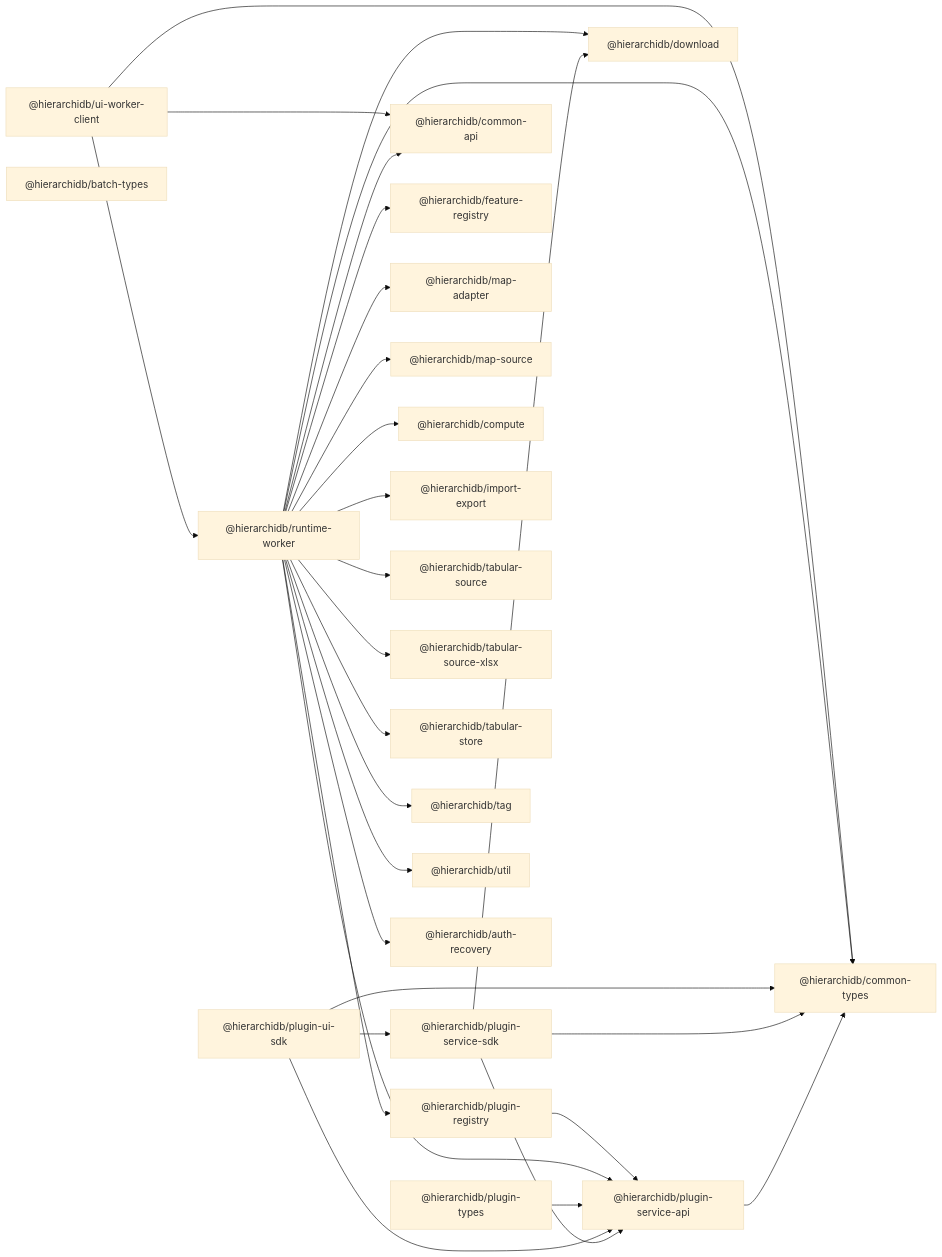
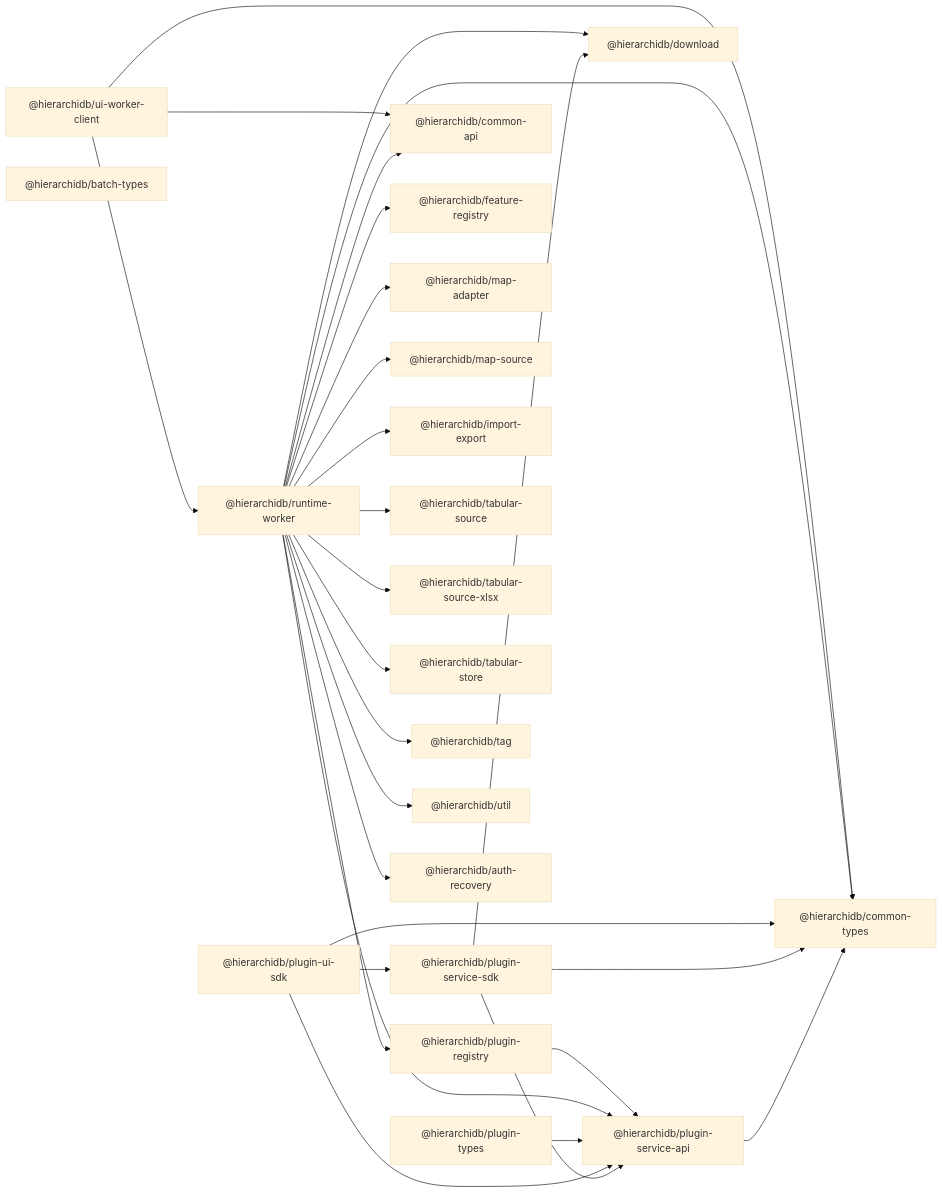
Before and after one commit to kubohiroya/hierarchidb: the diagram in docs/plugin-core-deps.md, drawn with Mermaid (base theme). The commit also changed 107 other files, not shown here.

````diff
--- a/docs/plugin-core-deps.md
+++ b/docs/plugin-core-deps.md
@@ -1,67 +1,65 @@
 ```mermaid
 graph LR
   %% Core SDK layer
   PSA["@hierarchidb/plugin-service-api"]
   PSS["@hierarchidb/plugin-service-sdk"]
   PUI["@hierarchidb/plugin-ui-sdk"]
   PTS["@hierarchidb/plugin-types"]
   PR["@hierarchidb/plugin-registry"]
 
   %% Runtime consumers
   RW["@hierarchidb/runtime-worker"]
   RC["@hierarchidb/ui-worker-client"]
 
   %% Shared libraries (light nodes)
   CT["@hierarchidb/common-types"]
   CA["@hierarchidb/common-api"]
   BT["@hierarchidb/batch-types"]
   DL["@hierarchidb/download"]
   FR["@hierarchidb/feature-registry"]
   MAP["@hierarchidb/map-adapter"]
   MS["@hierarchidb/map-source"]
-  CMP["@hierarchidb/compute"]
   IE["@hierarchidb/import-export"]
   TS["@hierarchidb/tabular-source"]
   TSX["@hierarchidb/tabular-source-xlsx"]
   TST["@hierarchidb/tabular-store"]
   TAG["@hierarchidb/tag"]
   UTIL["@hierarchidb/util"]
   AUTH["@hierarchidb/auth-recovery"]
 
   %% Edges from core SDK packages
   PSA --> CT
 
   PSS --> PSA
   PSS --> CT
   PSS --> DL
 
   PUI --> PSS
   PUI --> PSA
   PUI --> CT
 
   PTS --> PSA
 
   %% Runtime dependencies
   RW --> PR
   RW --> PSA
   RW --> CA
   RW --> CT
   RW --> FR
   RW --> MAP
   RW --> MS
-  RW --> CMP
   RW --> IE
   RW --> DL
   RW --> TS
   RW --> TSX
   RW --> TST
   RW --> TAG
   RW --> UTIL
   RW --> AUTH
 
   RC --> RW
   RC --> CA
   RC --> CT
 
   PR --> PSA
 ```
````
